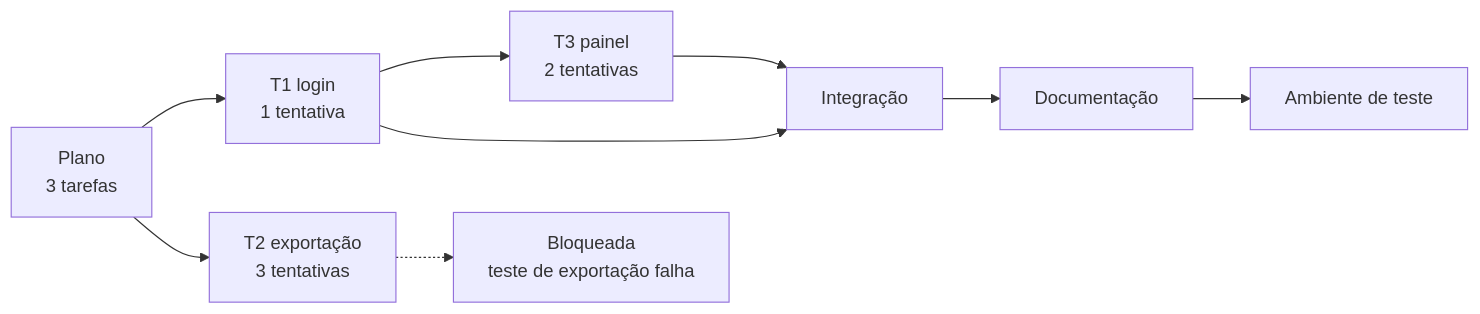
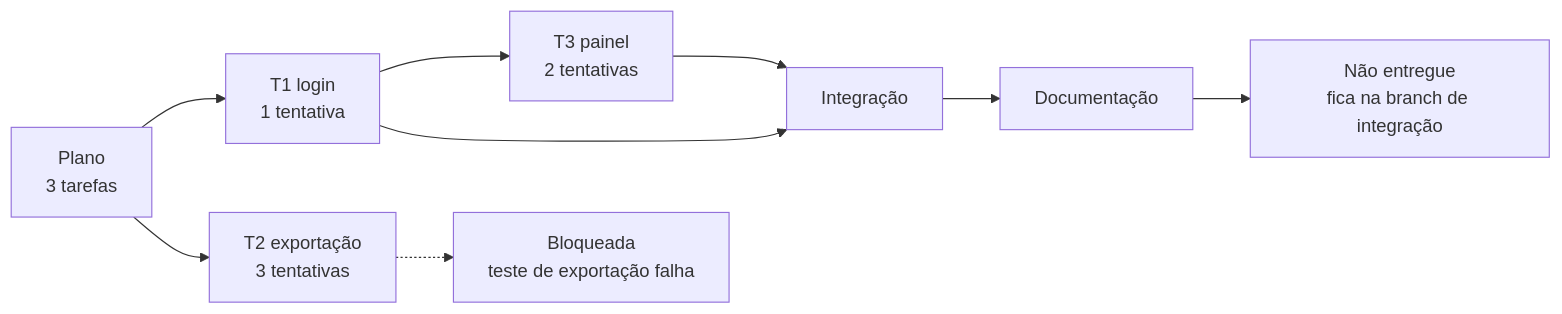
Before and after one commit to CAAD-LABS/CYBERSTACK: the sixth of 6 diagrams in docs/desenho.md, drawn with Mermaid. The commit also changed other lines of this file and 1 other file, not shown here.

````diff
--- a/docs/desenho.md
+++ b/docs/desenho.md
@@ -416,19 +427,19 @@
 ```mermaid
 flowchart LR
     P["Plano<br/>3 tarefas"]
     T1["T1 login<br/>1 tentativa"]
     T2["T2 exportação<br/>3 tentativas"]
     T3["T3 painel<br/>2 tentativas"]
     B["Bloqueada<br/>teste de exportação falha"]
     I["Integração"]
     D["Documentação"]
-    A["Ambiente de teste"]
+    A["Não entregue<br/>fica na branch de integração"]
     P --> T1
     P --> T2
     T1 --> T3
     T1 --> I
     T3 --> I
     T2 -.-> B
     I --> D
     D --> A
 ```
````
